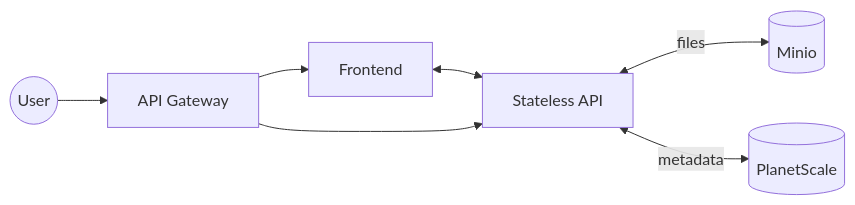
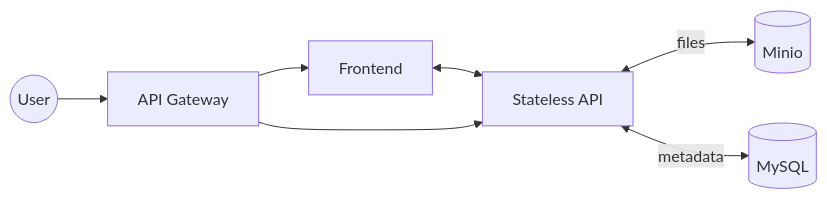
Before and after one commit to zesilva15/report-central: the diagram in README.md, drawn with Mermaid. The commit also changed other lines of this file and 2 other files, not shown here.

````diff
--- a/README.md
+++ b/README.md
@@ -13,14 +13,14 @@
 ```mermaid
 flowchart LR
     minio[(Minio)]
-    planet[(PlanetScale)]
+    planet[(MySQL)]
     api[Stateless API]
     loadbalancer[API Gateway]
     frontend[Frontend]
     loadbalancer --> frontend
     frontend <--> api
     api <--> |files| minio
     api <--> |metadata| planet
     user((User)) --> loadbalancer
     loadbalancer --> api
 ```
````
